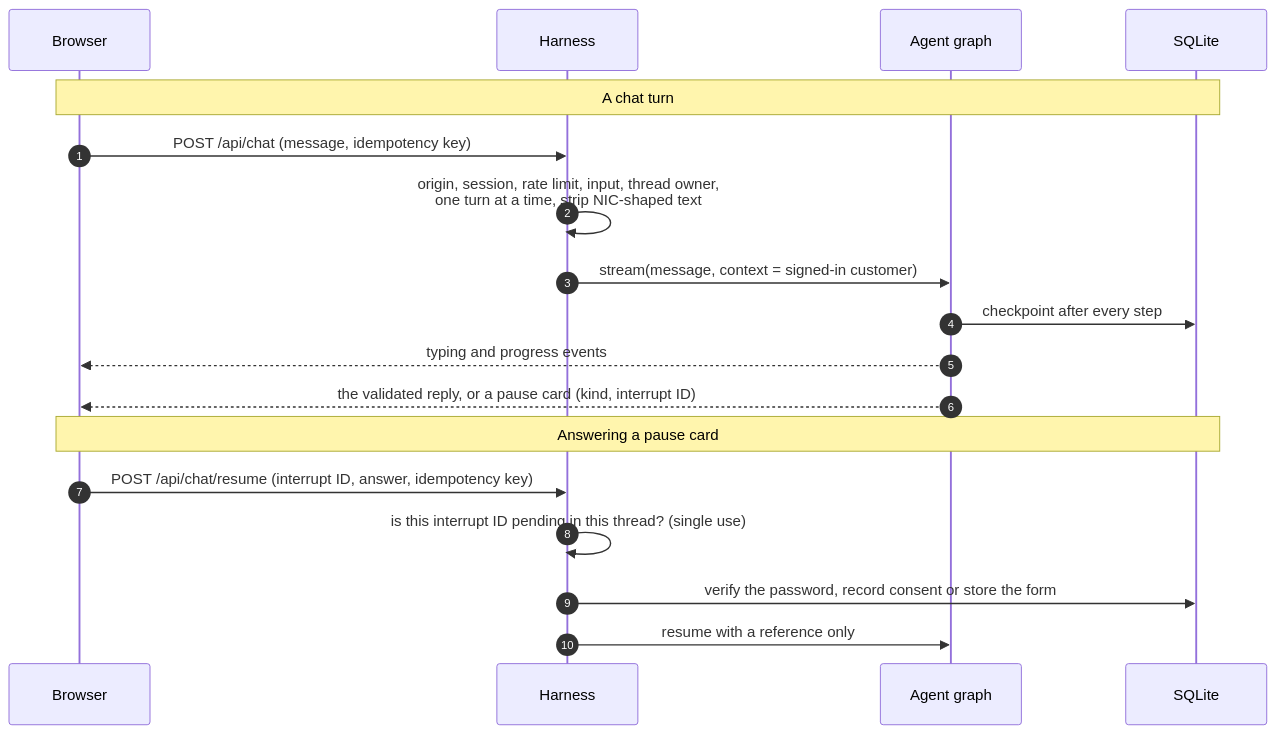
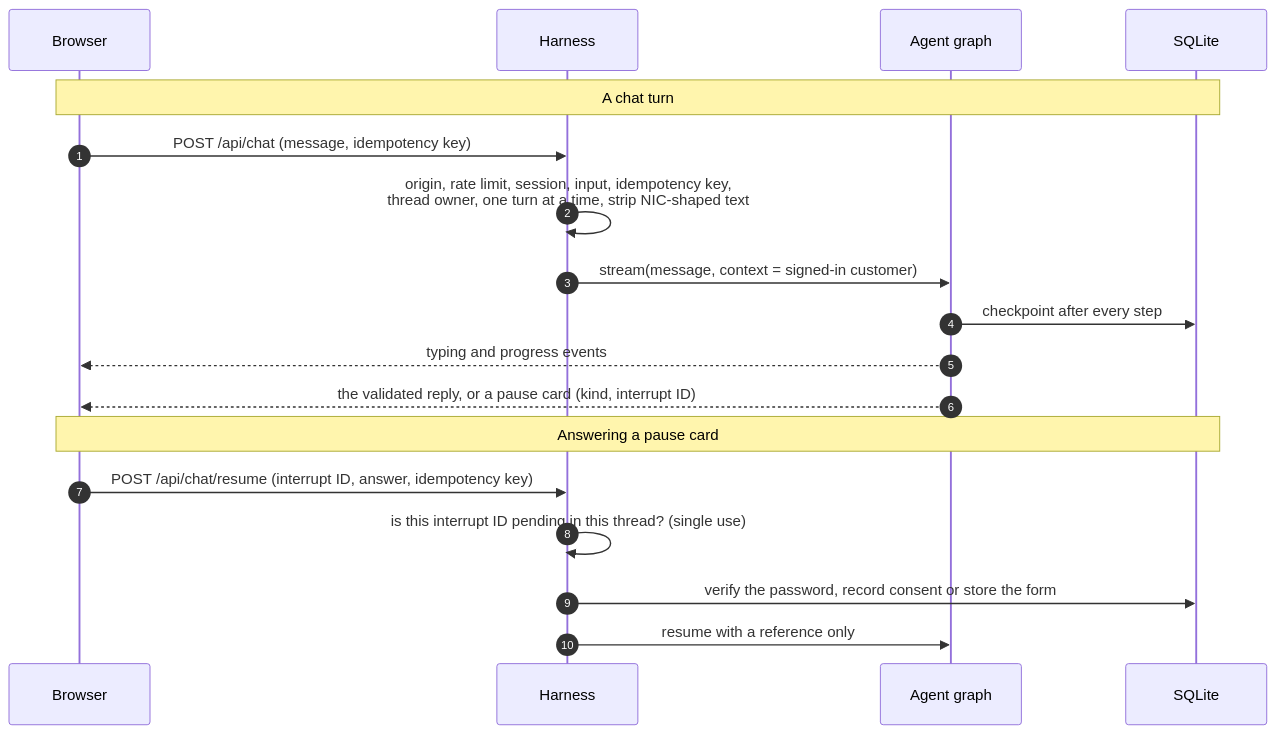
One commit to samitha9125/Kaya-Interview changed the fifth of 7 diagrams in docs/ARCHITECTURE.md. Above: the diagram before and after it, drawn with Mermaid. The commit also changed other lines of this file, not shown here.

First line of the commit message:
docs(architecture): a database design section and fixes to match the code

````diff
--- a/docs/ARCHITECTURE.md
+++ b/docs/ARCHITECTURE.md
@@ -212,20 +212,20 @@
 ```mermaid
 sequenceDiagram
   autonumber
   participant B as Browser
   participant H as Harness
   participant G as Agent graph
   participant D as SQLite
   Note over B,D: A chat turn
   B->>H: POST /api/chat (message, idempotency key)
-  H->>H: origin, session, rate limit, input, thread owner,<br/>one turn at a time, strip NIC-shaped text
+  H->>H: origin, rate limit, session, input, idempotency key,<br/>thread owner, one turn at a time, strip NIC-shaped text
   H->>G: stream(message, context = signed-in customer)
   G->>D: checkpoint after every step
   G-->>B: typing and progress events
   G-->>B: the validated reply, or a pause card (kind, interrupt ID)
   Note over B,D: Answering a pause card
   B->>H: POST /api/chat/resume (interrupt ID, answer, idempotency key)
   H->>H: is this interrupt ID pending in this thread? (single use)
   H->>D: verify the password, record consent or store the form
   H->>G: resume with a reference only
 ```
````
